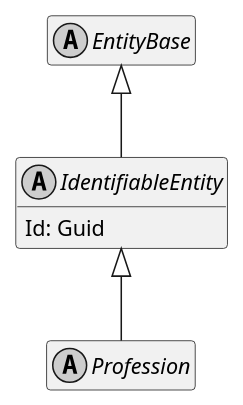
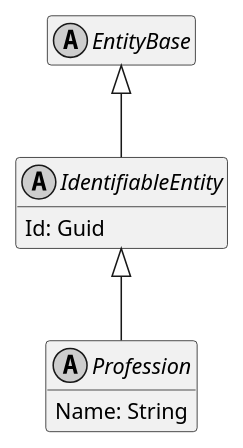
Before and after one commit to ObiWanLansi/DoofesZeug: the diagram in Documentation/Generated/Models/DoofesZeug.Models.Human.Professions/Profession.puml, drawn with PlantUML. The commit also changed 125 other files, not shown here.

```diff
--- a/Documentation/Generated/Models/DoofesZeug.Models.Human.Professions/Profession.puml
+++ b/Documentation/Generated/Models/DoofesZeug.Models.Human.Professions/Profession.puml
@@ -1,19 +1,20 @@
 @startuml
 skinparam monochrome true
 hide empty members
 
 abstract class EntityBase {
 }
 
 EntityBase <|-- IdentifiableEntity
 
 abstract class IdentifiableEntity {
     Id: Guid
 }
 
 IdentifiableEntity <|-- Profession
 
 abstract class Profession {
+    Name: String
 }
 
 @enduml
```
